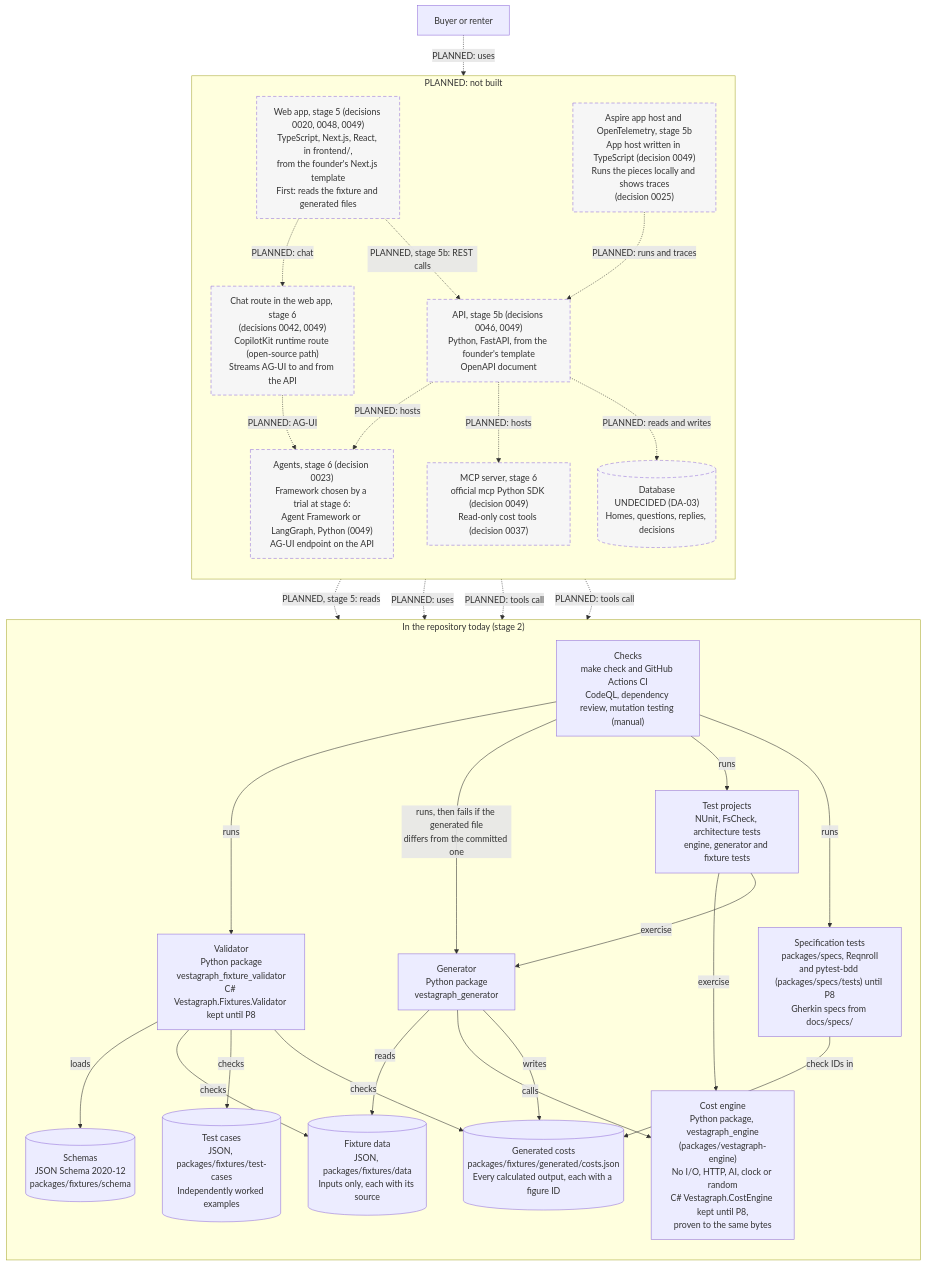
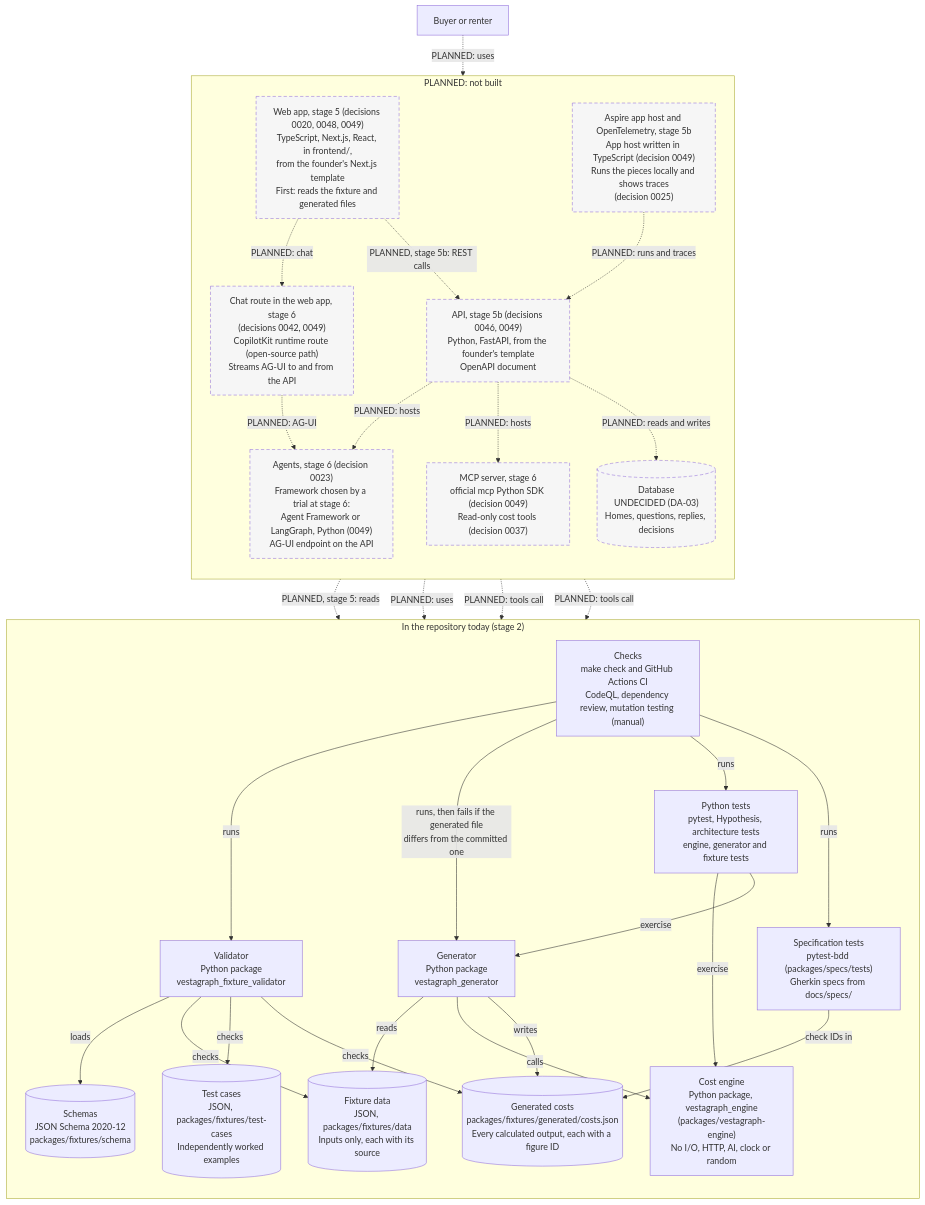
The second of 2 diagrams in docs/architecture/README.md (olaheavy-dev/homescout-platform), drawn with Mermaid before and after one commit. The commit also changed other lines of this file and 105 other files, not shown here.

````diff
--- a/docs/architecture/README.md
+++ b/docs/architecture/README.md
@@ -47,60 +47,60 @@
 ```mermaid
 flowchart TB
     user["Buyer or renter"]
 
     subgraph today["In the repository today (stage 2)"]
         direction TB
         data[("Fixture data<br/>JSON, packages/fixtures/data<br/>Inputs only, each with its source")]
         schema[("Schemas<br/>JSON Schema 2020-12<br/>packages/fixtures/schema")]
         cases[("Test cases<br/>JSON, packages/fixtures/test-cases<br/>Independently worked examples")]
-        engine["Cost engine<br/>Python package, vestagraph_engine<br/>(packages/vestagraph-engine)<br/>No I/O, HTTP, AI, clock or random<br/>C# Vestagraph.CostEngine kept until P8,<br/>proven to the same bytes"]
+        engine["Cost engine<br/>Python package, vestagraph_engine<br/>(packages/vestagraph-engine)<br/>No I/O, HTTP, AI, clock or random"]
         generator["Generator<br/>Python package<br/>vestagraph_generator"]
         generated[("Generated costs<br/>packages/fixtures/generated/costs.json<br/>Every calculated output, each with a figure ID")]
-        validator["Validator<br/>Python package<br/>vestagraph_fixture_validator<br/>C# Vestagraph.Fixtures.Validator kept until P8"]
-        tests["Test projects<br/>NUnit, FsCheck, architecture tests<br/>engine, generator and fixture tests"]
-        specs["Specification tests<br/>packages/specs, Reqnroll<br/>and pytest-bdd (packages/specs/tests) until P8<br/>Gherkin specs from docs/specs/"]
+        validator["Validator<br/>Python package<br/>vestagraph_fixture_validator"]
+        tests["Python tests<br/>pytest, Hypothesis, architecture tests<br/>engine, generator and fixture tests"]
+        specs["Specification tests<br/>pytest-bdd (packages/specs/tests)<br/>Gherkin specs from docs/specs/"]
         ci["Checks<br/>make check and GitHub Actions CI<br/>CodeQL, dependency review, mutation testing (manual)"]
     end
 
     subgraph later["PLANNED: not built"]
         direction TB
         web["Web app, stage 5 (decisions 0020, 0048, 0049)<br/>TypeScript, Next.js, React, in frontend/,<br/>from the founder's Next.js template<br/>First: reads the fixture and generated files"]
         api["API, stage 5b (decisions 0046, 0049)<br/>Python, FastAPI, from the founder's template<br/>OpenAPI document"]
         mcp["MCP server, stage 6<br/>official mcp Python SDK (decision 0049)<br/>Read-only cost tools (decision 0037)"]
         agents["Agents, stage 6 (decision 0023)<br/>Framework chosen by a trial at stage 6:<br/>Agent Framework or LangGraph, Python (0049)<br/>AG-UI endpoint on the API"]
         copilot["Chat route in the web app, stage 6<br/>(decisions 0042, 0049)<br/>CopilotKit runtime route (open-source path)<br/>Streams AG-UI to and from the API"]
         aspire["Aspire app host and OpenTelemetry, stage 5b<br/>App host written in TypeScript (decision 0049)<br/>Runs the pieces locally and shows traces<br/>(decision 0025)"]
         db[("Database<br/>UNDECIDED (DA-03)<br/>Homes, questions, replies, decisions")]
     end
 
     generator -->|reads| data
     generator -->|calls| engine
     generator -->|writes| generated
     validator -->|loads| schema
     validator -->|checks| data
     validator -->|checks| cases
     validator -->|checks| generated
     tests -->|exercise| engine
     tests -->|exercise| generator
     specs -->|check IDs in| generated
     ci -->|runs| validator
     ci -->|"runs, then fails if the generated file<br/>differs from the committed one"| generator
     ci -->|runs| tests
     ci -->|runs| specs
 
     user -.->|"PLANNED: uses"| web
     web -.->|"PLANNED, stage 5: reads"| generated
     web -.->|"PLANNED, stage 5b: REST calls"| api
     web -.->|"PLANNED: chat"| copilot
     copilot -.->|"PLANNED: AG-UI"| agents
     api -.->|"PLANNED: uses"| engine
     api -.->|"PLANNED: hosts"| mcp
     api -.->|"PLANNED: hosts"| agents
     agents -.->|"PLANNED: tools call"| engine
     mcp -.->|"PLANNED: tools call"| engine
     api -.->|"PLANNED: reads and writes"| db
     aspire -.->|"PLANNED: runs and traces"| api
 
     classDef planned stroke-dasharray: 6 4,fill:#f6f6f6,color:#333
     class web,api,mcp,agents,copilot,aspire,db planned
 ```
````
